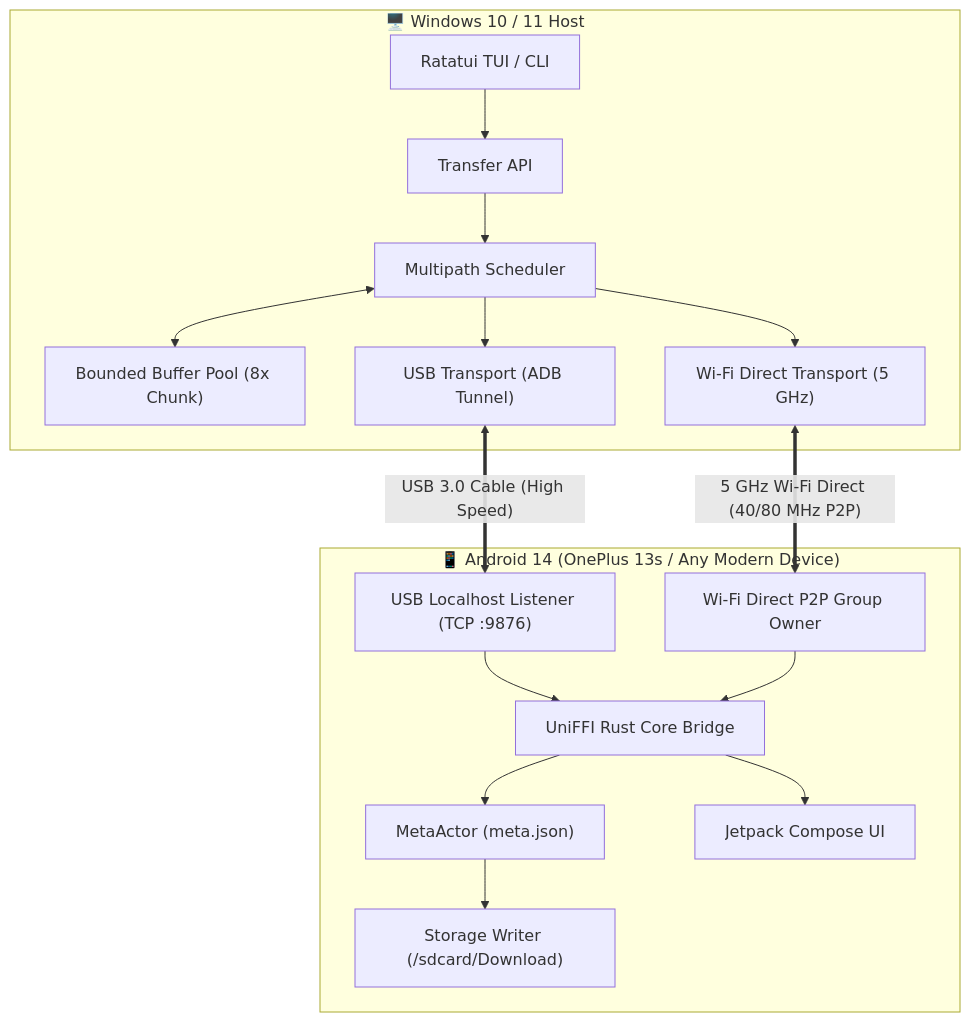
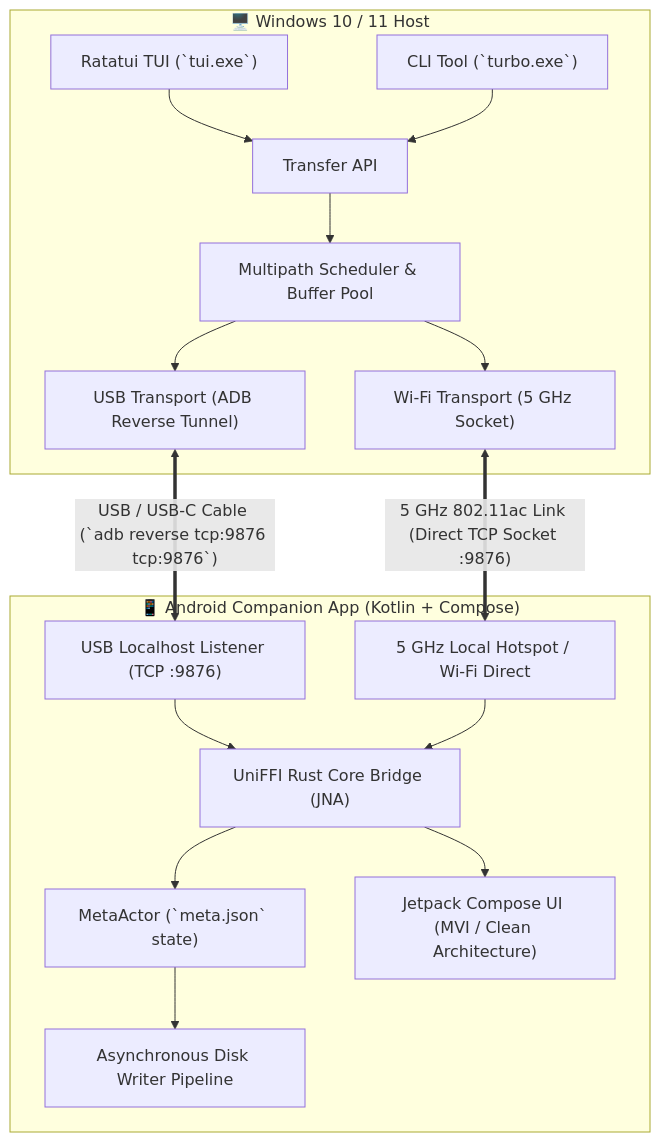
One commit to mdumair-sk/TurboTransfer changed the diagram in README.md. Above: the diagram before and after it, drawn with Mermaid. The commit also changed other lines of this file and 37 other files, not shown here.

Commit message:
feat: implement TurboTransfer core engine with cross-platform transport and Android UI integration

````diff
--- a/README.md
+++ b/README.md
@@ -25,35 +27,35 @@
 ```mermaid
 graph TD
     subgraph Windows ["🖥️ Windows 10 / 11 Host"]
-        TUI["Ratatui TUI / CLI"]
+        TUI["Ratatui TUI (`tui.exe`)"]
+        CLI["CLI Tool (`turbo.exe`)"]
         API["Transfer API"]
-        SCHED["Multipath Scheduler"]
-        POOL["Bounded Buffer Pool (8x Chunk)"]
-        USB_W["USB Transport (ADB Tunnel)"]
-        WIFI_W["Wi-Fi Direct Transport (5 GHz)"]
+        SCHED["Multipath Scheduler & Buffer Pool"]
+        USB_W["USB Transport (ADB Reverse Tunnel)"]
+        WIFI_W["Wi-Fi Transport (5 GHz Socket)"]
     end
 
-    subgraph Android ["📱 Android 14 (OnePlus 13s / Any Modern Device)"]
+    subgraph Android ["📱 Android Companion App (Kotlin + Compose)"]
         USB_A["USB Localhost Listener (TCP :9876)"]
-        WIFI_A["Wi-Fi Direct P2P Group Owner"]
-        UNIFFI["UniFFI Rust Core Bridge"]
-        ACTOR["MetaActor (meta.json)"]
-        DISK["Storage Writer (/sdcard/Download)"]
-        APP["Jetpack Compose UI"]
+        WIFI_A["5 GHz Local Hotspot / Wi-Fi Direct"]
+        UNIFFI["UniFFI Rust Core Bridge (JNA)"]
+        ACTOR["MetaActor (`meta.json` state)"]
+        DISK["Asynchronous Disk Writer Pipeline"]
+        APP["Jetpack Compose UI (MVI / Clean Architecture)"]
     end
 
     TUI --> API
+    CLI --> API
     API --> SCHED
-    SCHED <--> POOL
     SCHED --> USB_W
     SCHED --> WIFI_W
 
-    USB_W <== "USB 3.0 Cable (High Speed)" ==> USB_A
-    WIFI_W <== "5 GHz Wi-Fi Direct (40/80 MHz P2P)" ==> WIFI_A
+    USB_W <== "USB / USB-C Cable (`adb reverse tcp:9876 tcp:9876`)" ==> USB_A
+    WIFI_W <== "5 GHz 802.11ac Link (Direct TCP Socket :9876)" ==> WIFI_A
 
     USB_A --> UNIFFI
     WIFI_A --> UNIFFI
     UNIFFI --> ACTOR
     ACTOR --> DISK
     UNIFFI --> APP
 ```
````
